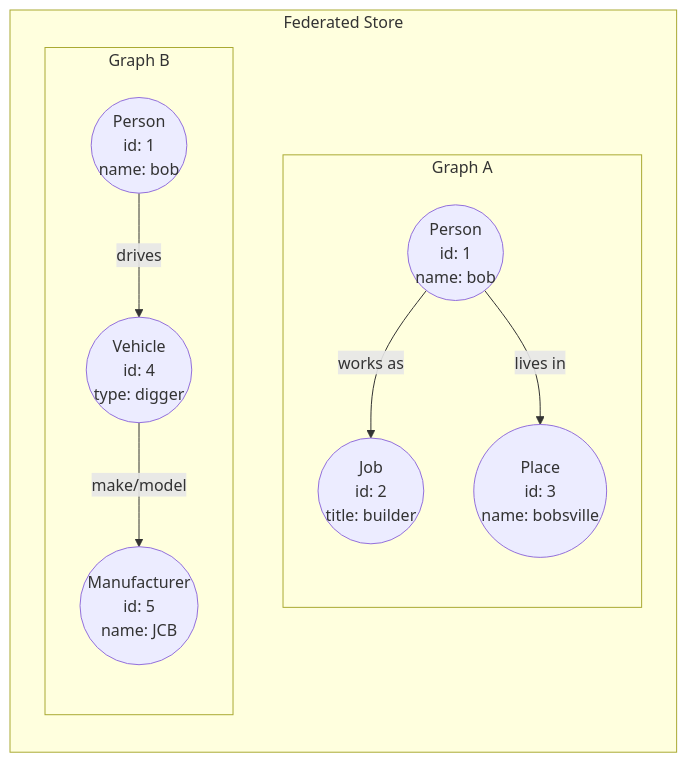
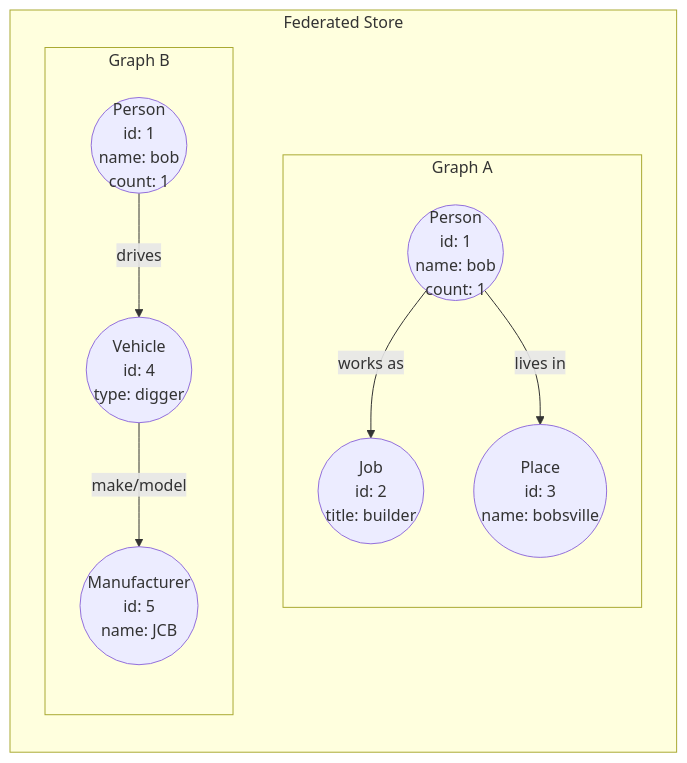
One commit to gchq/gaffer-doc changed the diagram in docs/reference/operations-guide/federated-operation.md. Above: the diagram before and after it, drawn with Mermaid. The commit also changed other lines of this file and 1 other file, not shown here.

Commit message:
Addressed comments, added in graph schems and data json

````diff
--- a/docs/reference/operations-guide/federated-operation.md
+++ b/docs/reference/operations-guide/federated-operation.md
@@ -149,15 +151,15 @@
 ```mermaid
 graph LR
     subgraph Federated Store
         subgraph Graph A
             direction TB
-            A((Person<br>id: 1<br>name: bob)) --works as--> B((Job<br>id: 2<br>title: builder))
+            A((Person<br>id: 1<br>name: bob<br>count: 1)) --works as--> B((Job<br>id: 2<br>title: builder))
             A --lives in--> C((Place<br>id: 3<br>name: bobsville))
         end
             subgraph Graph B
             direction TB
-            D((Person<br>id: 1<br>name: bob)) --drives--> E((Vehicle<br>id: 4<br>type: digger))
+            D((Person<br>id: 1<br>name: bob<br>count: 1)) --drives--> E((Vehicle<br>id: 4<br>type: digger))
             E --make/model--> F((Manufacturer<br>id: 5<br>name: JCB))
         end
     end
 ```
````
